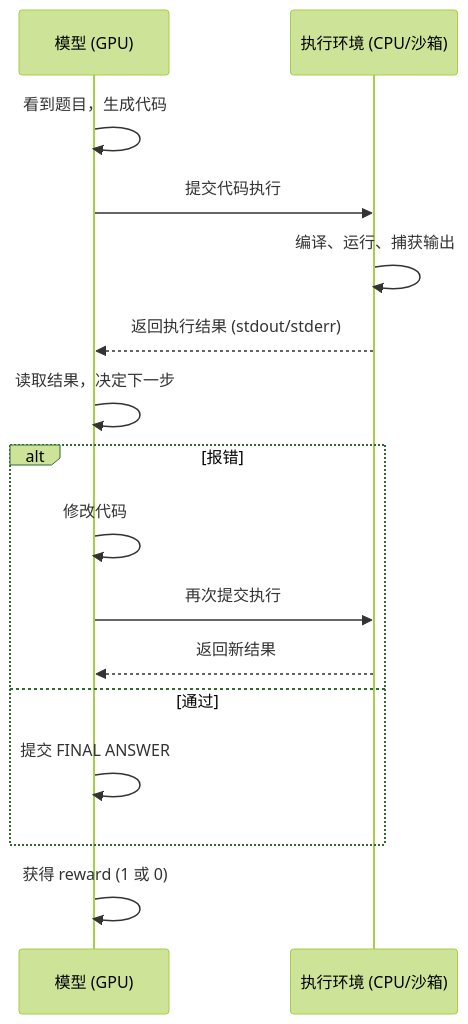
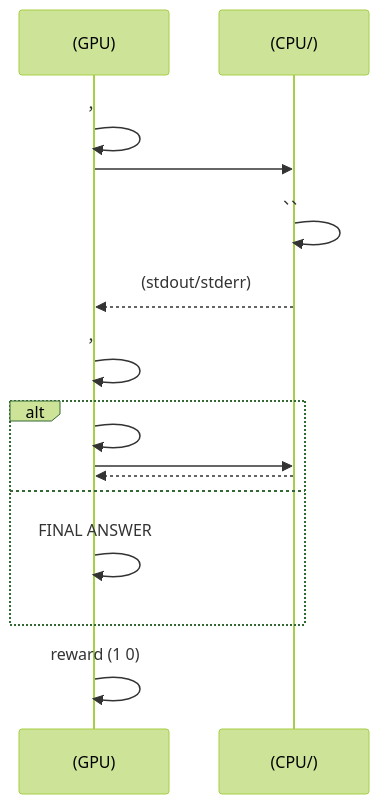
One commit to letslego/hands-on-modern-rl changed the first of 9 diagrams in docs/chapter10_agentic_rl/build-agentic-training-system.md. Above: the diagram before and after it, drawn with Mermaid (forest theme). The commit also changed other lines of this file and 267 other files, not shown here.

````diff
--- a/docs/chapter10_agentic_rl/build-agentic-training-system.md
+++ b/docs/chapter10_agentic_rl/build-agentic-training-system.md
@@ -19,18 +19,18 @@
 ```mermaid
 sequenceDiagram
-    participant M as 模型 (GPU)
-    participant E as 执行环境 (CPU/沙箱)
-    M->>M: 看到题目，生成代码
-    M->>E: 提交代码执行
-    E->>E: 编译、运行、捕获输出
-    E-->>M: 返回执行结果 (stdout/stderr)
-    M->>M: 读取结果，决定下一步
-    alt 报错
-        M->>M: 修改代码
-        M->>E: 再次提交执行
-        E-->>M: 返回新结果
-    else 通过
-        M->>M: 提交 FINAL ANSWER
+    participant M as  (GPU)
+    participant E as  (CPU/)
+    M->>M: ，
+    M->>E: 
+    E->>E: 、、
+    E-->>M:  (stdout/stderr)
+    M->>M: ，
+    alt 
+        M->>M: 
+        M->>E: 
+        E-->>M: 
+    else 
+        M->>M:  FINAL ANSWER
     end
-    M->>M: 获得 reward (1 或 0)
+    M->>M:  reward (1  0)
 ```
````
